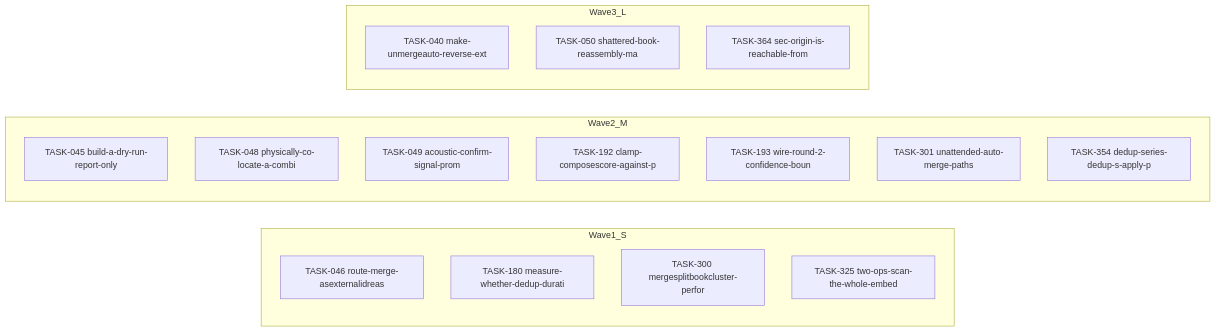
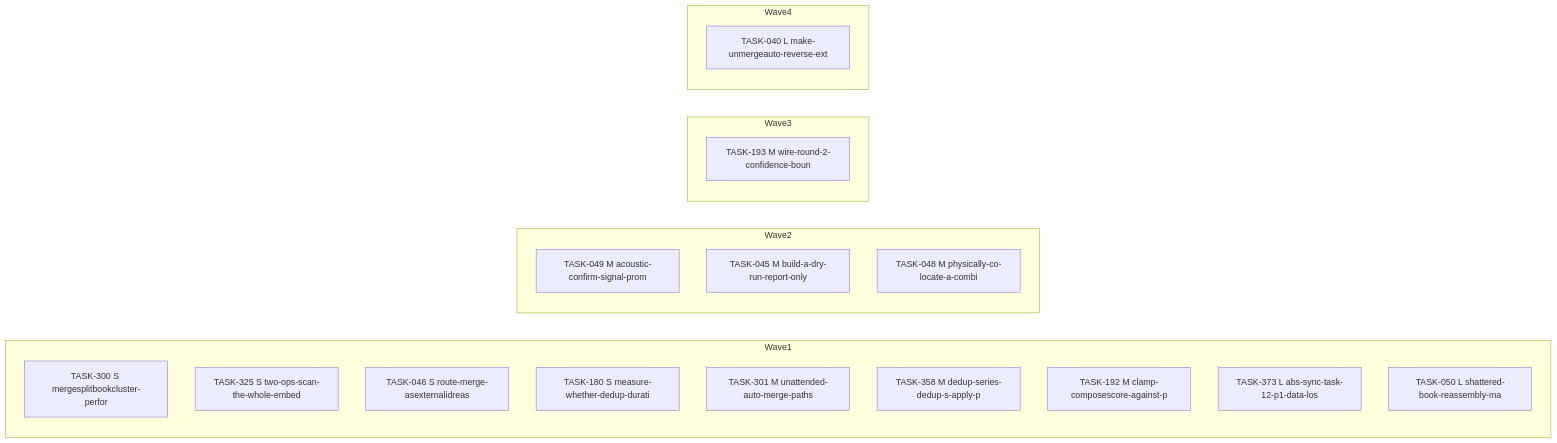
One commit to falkcorp/audiobook-organizer changed the diagram in docs/agent-tasks/todo-completion-2026-09/dedup/orchestration.md. Above: the diagram before and after it, drawn with Mermaid. The commit also changed other lines of this file and 270 other files, not shown here.

````diff
--- a/docs/agent-tasks/todo-completion-2026-09/dedup/orchestration.md
+++ b/docs/agent-tasks/todo-completion-2026-09/dedup/orchestration.md
@@ -10,23 +10,25 @@
 ```mermaid
 flowchart LR
-    subgraph Wave1_S
-      TASK046[TASK-046 route-merge-asexternalidreas]
-      TASK180[TASK-180 measure-whether-dedup-durati]
-      TASK300[TASK-300 mergesplitbookcluster-perfor]
-      TASK325[TASK-325 two-ops-scan-the-whole-embed]
+    subgraph Wave1
+      TASK300[TASK-300 S mergesplitbookcluster-perfor]
+      TASK325[TASK-325 S two-ops-scan-the-whole-embed]
+      TASK046[TASK-046 S route-merge-asexternalidreas]
+      TASK180[TASK-180 S measure-whether-dedup-durati]
+      TASK301[TASK-301 M unattended-auto-merge-paths]
+      TASK358[TASK-358 M dedup-series-dedup-s-apply-p]
+      TASK192[TASK-192 M clamp-composescore-against-p]
+      TASK373[TASK-373 L abs-sync-task-12-p1-data-los]
+      TASK050[TASK-050 L shattered-book-reassembly-ma]
     end
-    subgraph Wave2_M
-      TASK045[TASK-045 build-a-dry-run-report-only]
-      TASK048[TASK-048 physically-co-locate-a-combi]
-      TASK049[TASK-049 acoustic-confirm-signal-prom]
-      TASK192[TASK-192 clamp-composescore-against-p]
-      TASK193[TASK-193 wire-round-2-confidence-boun]
-      TASK301[TASK-301 unattended-auto-merge-paths]
-      TASK354[TASK-354 dedup-series-dedup-s-apply-p]
+    subgraph Wave2
+      TASK049[TASK-049 M acoustic-confirm-signal-prom]
+      TASK045[TASK-045 M build-a-dry-run-report-only]
+      TASK048[TASK-048 M physically-co-locate-a-combi]
     end
-    subgraph Wave3_L
-      TASK040[TASK-040 make-unmergeauto-reverse-ext]
-      TASK050[TASK-050 shattered-book-reassembly-ma]
-      TASK364[TASK-364 sec-origin-is-reachable-from]
+    subgraph Wave3
+      TASK193[TASK-193 M wire-round-2-confidence-boun]
+    end
+    subgraph Wave4
+      TASK040[TASK-040 L make-unmergeauto-reverse-ext]
     end
 ```
````
